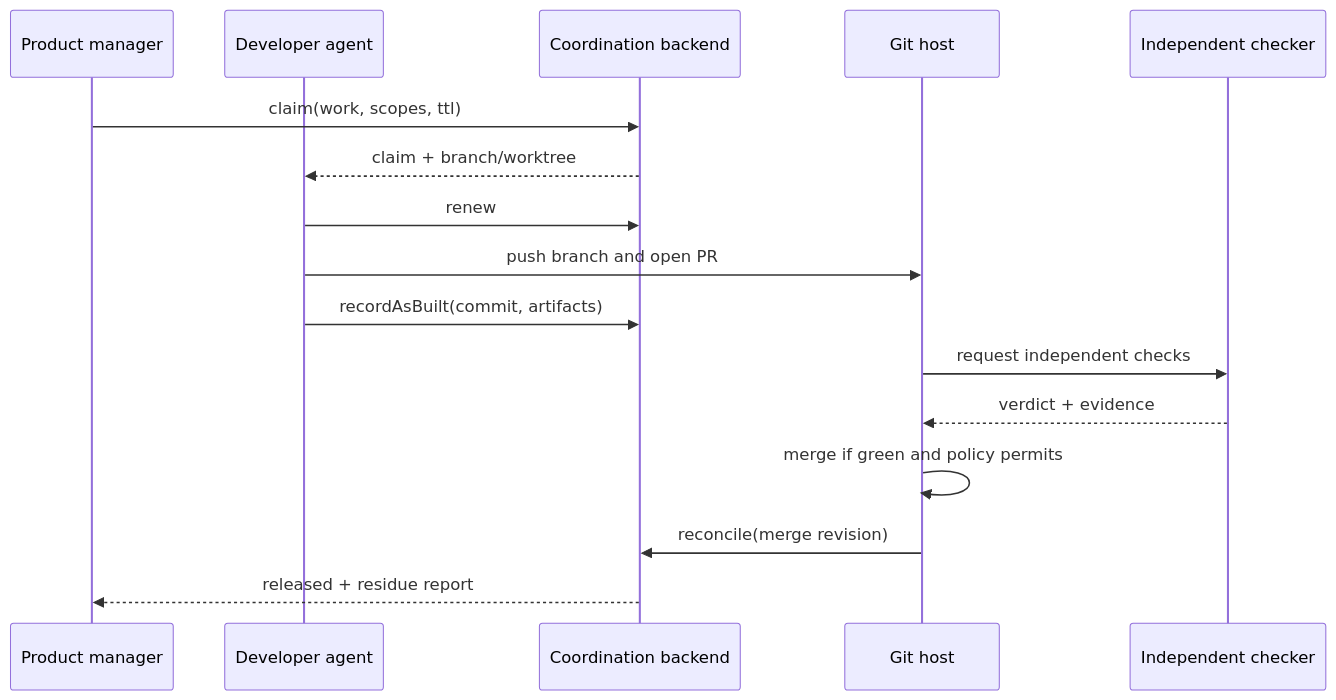
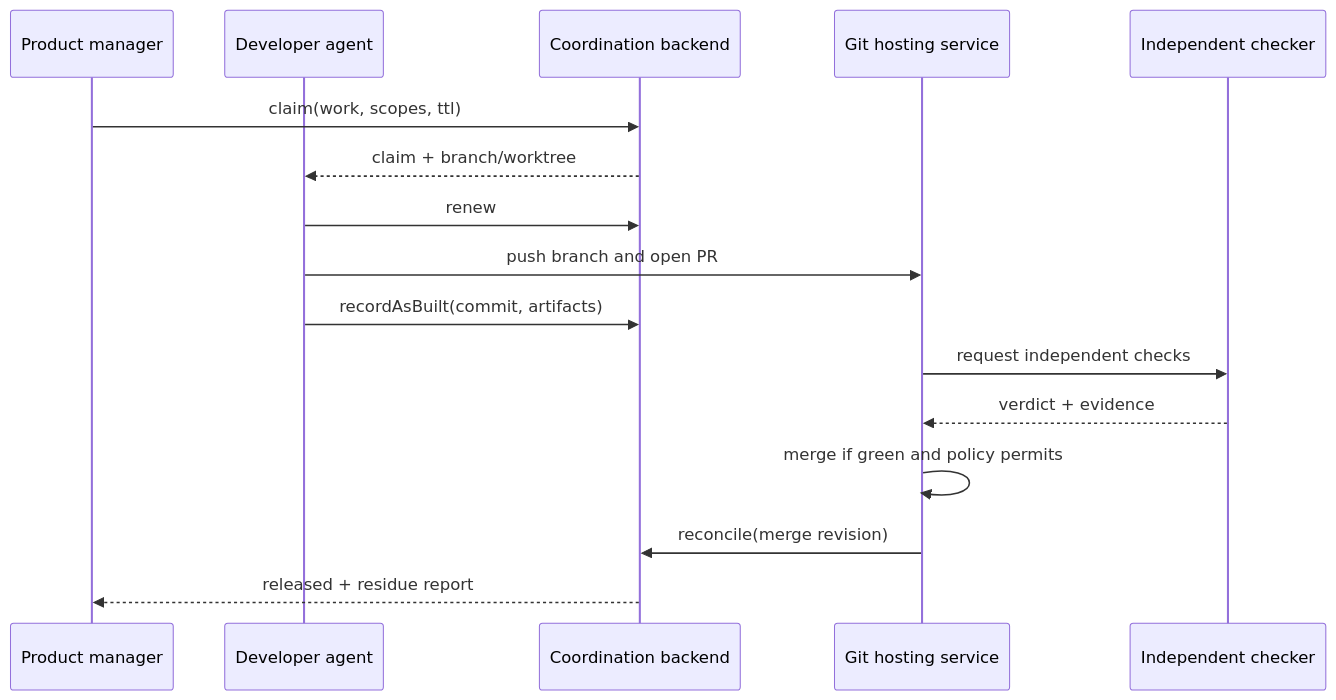
Before and after one commit to passioncode-ai/fabric-agent-contract: the second of 2 diagrams in docs/specification/coordination.md, drawn with Mermaid. The commit also changed 7 other files, not shown here.

````diff
--- a/docs/specification/coordination.md
+++ b/docs/specification/coordination.md
@@ -59,18 +59,18 @@
 ```mermaid
 sequenceDiagram
   participant PM as Product manager
   participant D as Developer agent
   participant C as Coordination backend
-  participant G as Git host
+  participant G as Git hosting service
   participant K as Independent checker
   PM->>C: claim(work, scopes, ttl)
   C-->>D: claim + branch/worktree
   D->>C: renew
   D->>G: push branch and open PR
   D->>C: recordAsBuilt(commit, artifacts)
   G->>K: request independent checks
   K-->>G: verdict + evidence
   G->>G: merge if green and policy permits
   G->>C: reconcile(merge revision)
   C-->>PM: released + residue report
 ```
````
